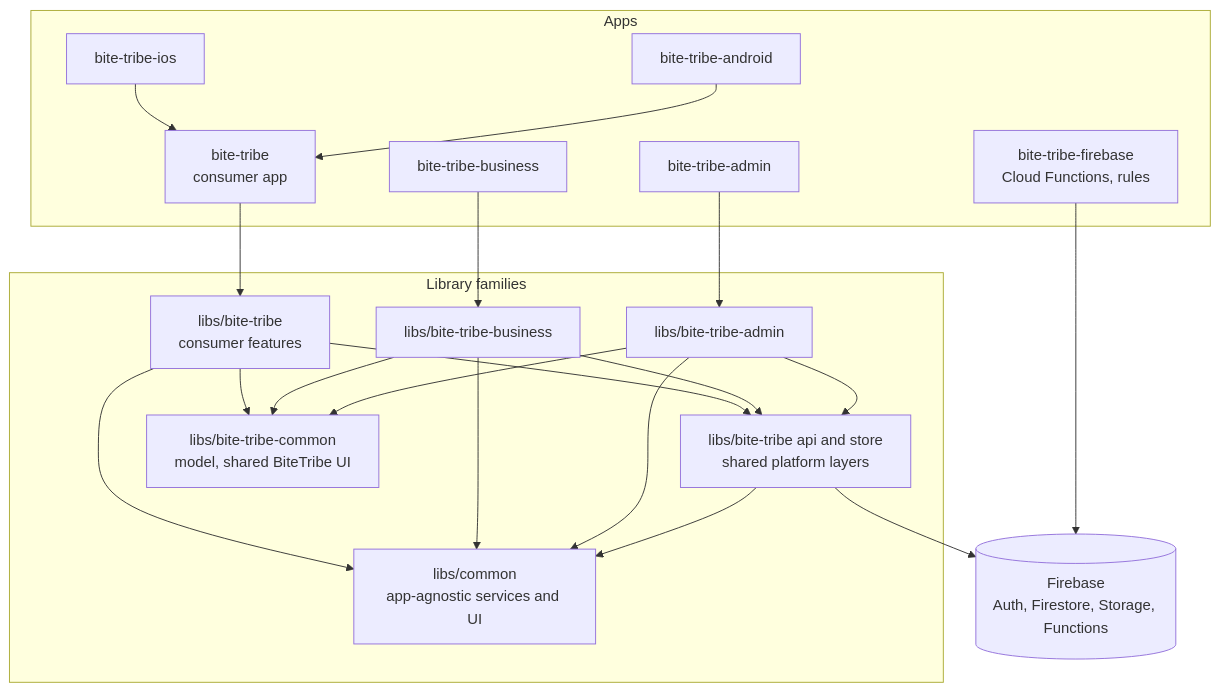
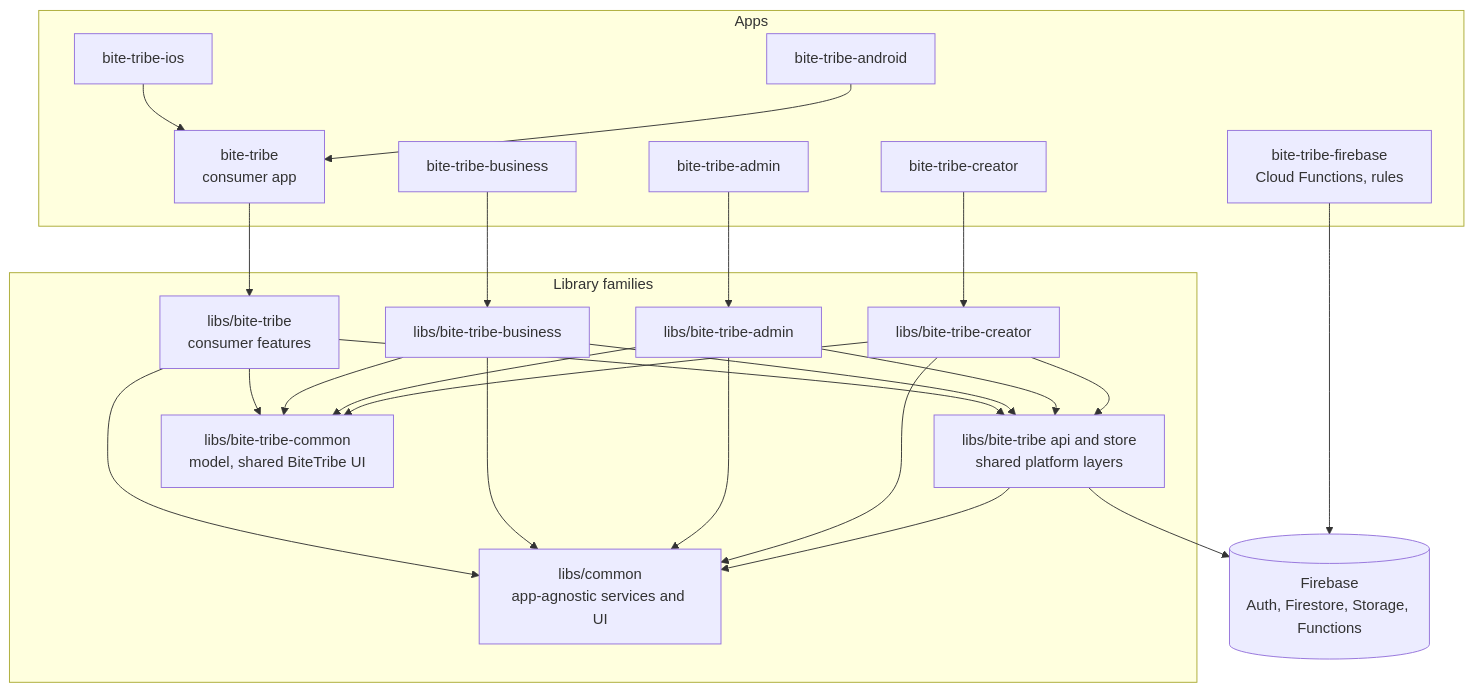
One commit to muhammedgaygisiz/travellers-apps changed the diagram in ssot/architecture/overview.md. Above: the diagram before and after it, drawn with Mermaid. The commit also changed other lines of this file and 177 other files, not shown here.

First line of the commit message:
feat(bite-tribe-creator): a web-only Bite Creator app takes over BiteTrail creation (#2130) (#2329)

````diff
--- a/ssot/architecture/overview.md
+++ b/ssot/architecture/overview.md
@@ -54,34 +57,37 @@
 ```mermaid
 flowchart TB
   subgraph apps["Apps"]
     consumer["bite-tribe<br/>consumer app"]
     ios["bite-tribe-ios"]
     android["bite-tribe-android"]
     business["bite-tribe-business"]
     admin["bite-tribe-admin"]
+    creator["bite-tribe-creator"]
     functions["bite-tribe-firebase<br/>Cloud Functions, rules"]
   end
 
   subgraph libs["Library families"]
     libConsumer["libs/bite-tribe<br/>consumer features"]
     platform["libs/bite-tribe api and store<br/>shared platform layers"]
     libBusiness["libs/bite-tribe-business"]
     libAdmin["libs/bite-tribe-admin"]
+    libCreator["libs/bite-tribe-creator"]
     libCommonDomain["libs/bite-tribe-common<br/>model, shared BiteTribe UI"]
     libCommon["libs/common<br/>app-agnostic services and UI"]
   end
 
   firebase[("Firebase<br/>Auth, Firestore, Storage, Functions")]
 
   ios --> consumer
   android --> consumer
   consumer --> libConsumer
   business --> libBusiness
   admin --> libAdmin
-  libConsumer & libBusiness & libAdmin --> platform
-  libConsumer & libBusiness & libAdmin --> libCommonDomain
-  libConsumer & libBusiness & libAdmin --> libCommon
+  creator --> libCreator
+  libConsumer & libBusiness & libAdmin & libCreator --> platform
+  libConsumer & libBusiness & libAdmin & libCreator --> libCommonDomain
+  libConsumer & libBusiness & libAdmin & libCreator --> libCommon
   platform --> libCommon
   platform --> firebase
   functions --> firebase
 ```
````
